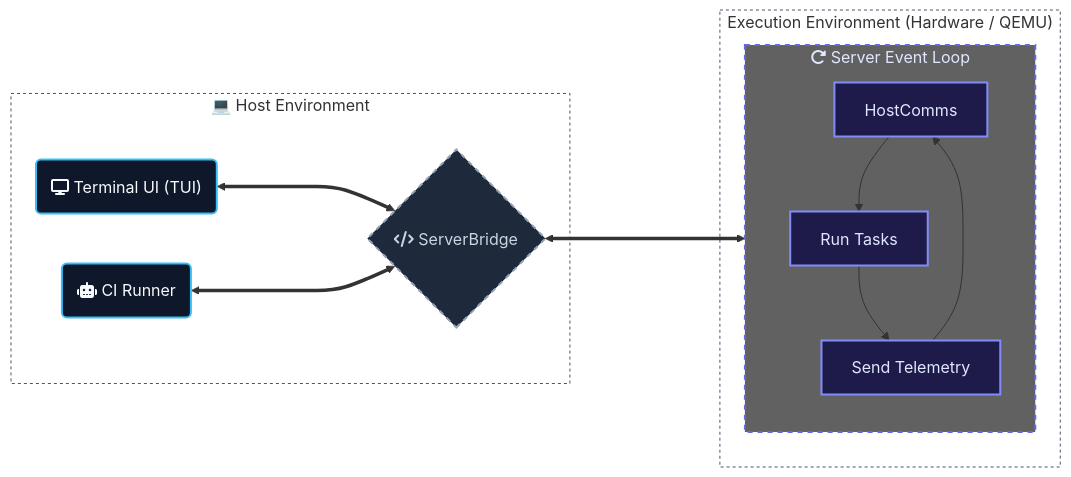
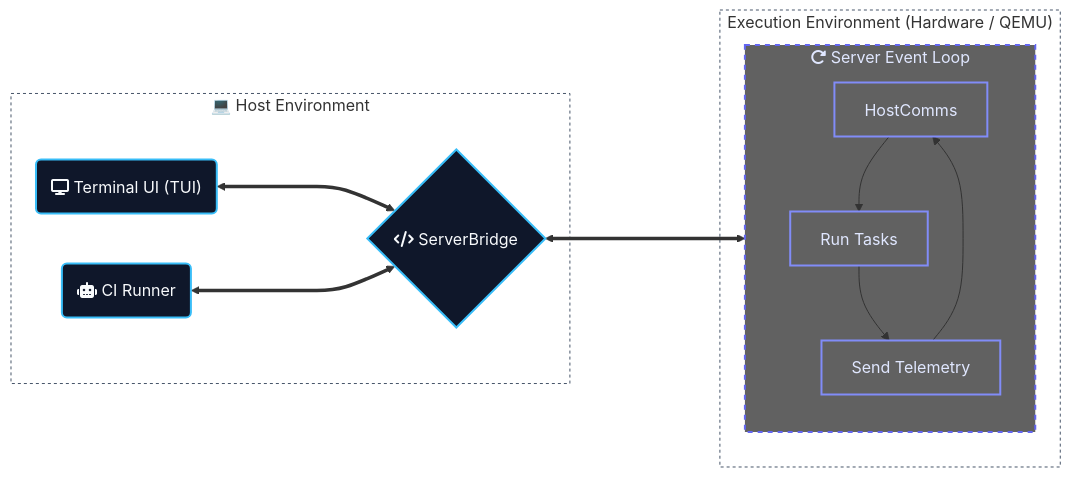
The diagram in README.md (Dyse-Industries/control-rs), drawn with Mermaid before and after one commit.

Commit message:
Update class definitions and styling in README

````diff
--- a/README.md
+++ b/README.md
@@ -11,41 +11,39 @@
 ```mermaid
 ---
 config:
   layout: dagre
 ---
 flowchart LR
  subgraph Host["💻 Host Environment"]
         TUI("fa:fa-display Terminal UI (TUI)")
         CI("fa:fa-robot CI Runner")
         Comm{"fa:fa-code ServerBridge"}
   end
  subgraph Loop["fa:fa-rotate-right Server Event Loop"]
     direction TB
         Comms["HostComms"]
         Tasks["Run Tasks"]
         Telem["Send Telemetry"]
   end
  subgraph TargetEnv["Execution Environment (Hardware / QEMU)"]
         Loop
   end
     Comms --> Tasks
     Tasks --> Telem
     Telem --> Comms
     TUI <====> Comm
     CI <====> Comm
     Comm <====> Comms
 
      TUI:::host
      CI:::host
-     Comm:::link
+     Comm:::host
      Comms:::target
      Tasks:::target
      Telem:::target
     classDef host fill:#0f172a,stroke:#38bdf8,stroke-width:2px,color:#f8fafc
-    classDef link fill:#1e293b,stroke:#94a3b8,stroke-width:2px,stroke-dasharray:5 5,color:#cbd5e1
-    classDef target fill:#1e1b4b,stroke:#818cf8,stroke-width:2px,color:#e0e7ff
-    style Comms fill:#1e1b4b
+    classDef target fill:transparent,stroke:#818cf8,stroke-width:2px,color:#e0e7ff
     style Loop fill:#616161,stroke:#6366f1,stroke-width:2px,stroke-dasharray:5 5,color:#e0e7ff
     style Host fill:transparent,stroke:#475569,stroke-width:1px,stroke-dasharray:3 3
     style TargetEnv fill:transparent,stroke:#475569,stroke-width:1px,stroke-dasharray:3 3
 ```
````
